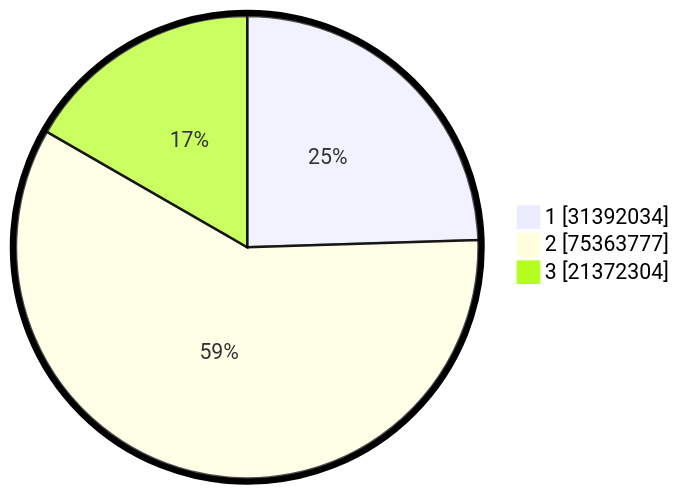
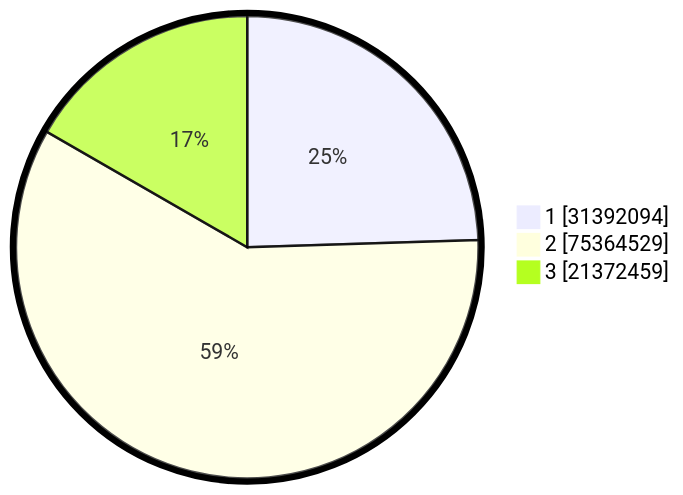
Before and after one commit to gigit-pemilu/pemilu-2024: the second of 2 diagrams in pilpres/hitung-suara/README.md, drawn with Mermaid. The commit also changed other lines of this file and 10 other files, not shown here.

````diff
--- a/pilpres/hitung-suara/README.md
+++ b/pilpres/hitung-suara/README.md
@@ -93,7 +93,7 @@
 ```mermaid
 %%{init: {"pie": {"textPosition": 0.5}, "themeVariables": {"pieOuterStrokeWidth": "5px"}} }%%
 pie showData
-    "1" : 31392034
-    "2" : 75363777
-    "3" : 21372304
+    "1" : 31392094
+    "2" : 75364529
+    "3" : 21372459
 ```
````
